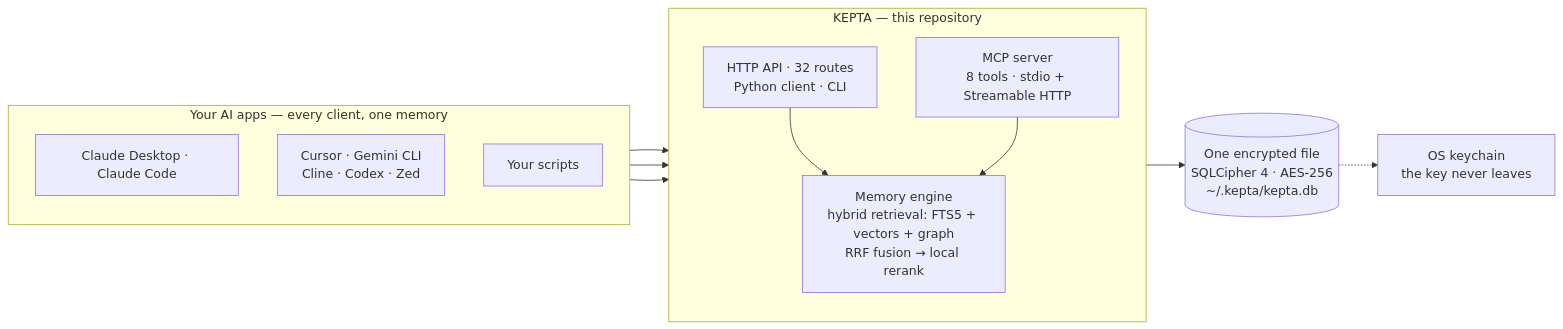
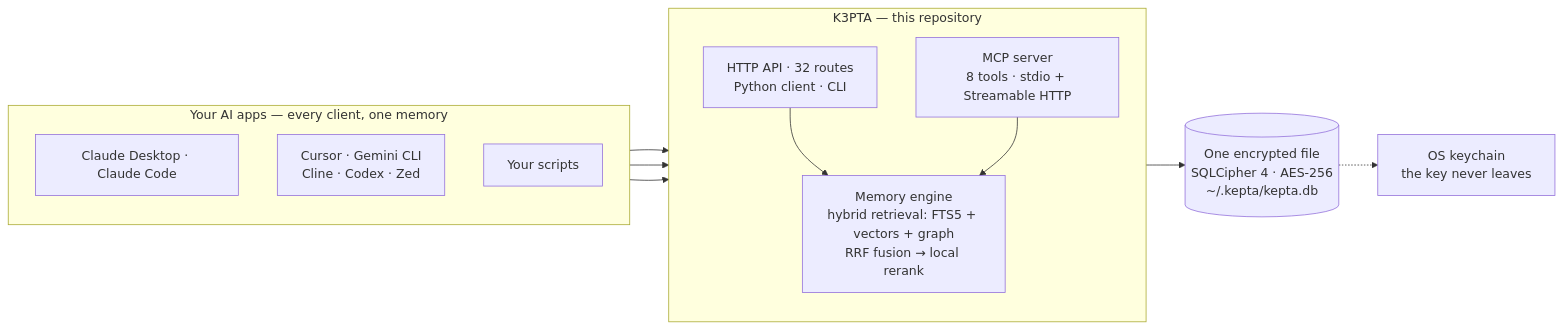
Before and after one commit to DamianTodorovic/kepta: the first of 2 diagrams in README.md, drawn with Mermaid. The commit also changed other lines of this file and 75 other files, not shown here.

````diff
--- a/README.md
+++ b/README.md
@@ -16,24 +16,24 @@
 ```mermaid
 flowchart LR
   subgraph Apps["Your AI apps — every client, one memory"]
     direction TB
     A["Claude Desktop · Claude Code"]
     B["Cursor · Gemini CLI<br/>Cline · Codex · Zed"]
     C["Your scripts"]
   end
-  subgraph KEPTA["KEPTA — this repository"]
+  subgraph K3PTA["K3PTA — this repository"]
     direction TB
     M["MCP server<br/>8 tools · stdio + Streamable HTTP"]
     G["HTTP API · 32 routes<br/>Python client · CLI"]
     E["Memory engine<br/>hybrid retrieval: FTS5 + vectors + graph<br/>RRF fusion → local rerank"]
   end
   D[("One encrypted file<br/>SQLCipher 4 · AES-256<br/>~/.kepta/kepta.db")]
   K["OS keychain<br/>the key never leaves"]
   A --> M
   B --> M
   C --> G
   G --> E
   M --> E
   E --> D
   D -.-> K
 ```
````
